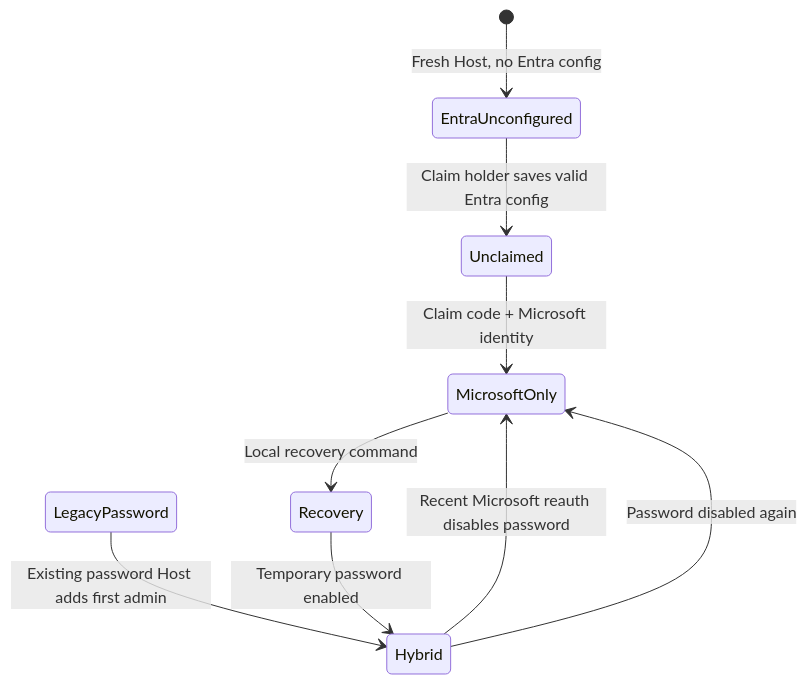
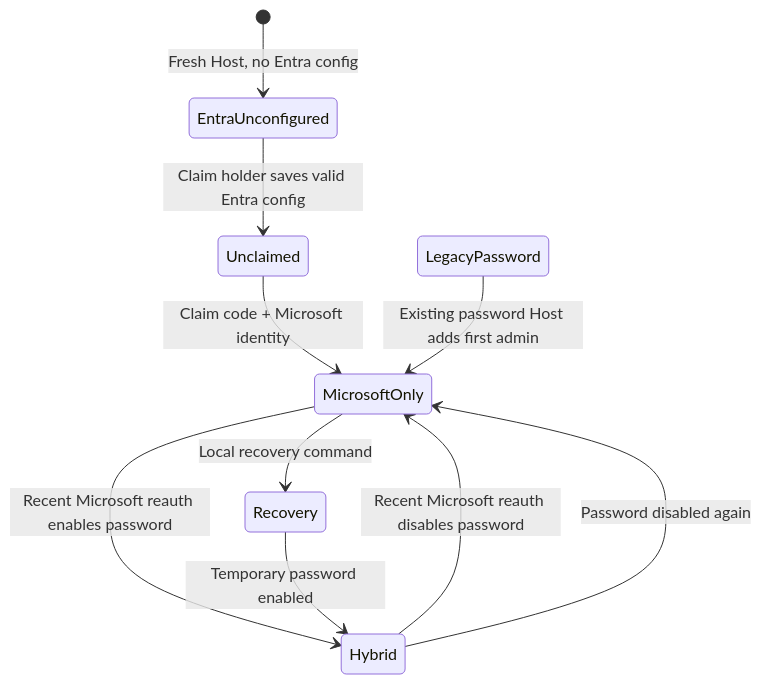
Before and after one commit to CharlesYWL/copilot-fleet: the second of 5 diagrams in docs/superpowers/specs/2026-08-27-microsoft-identity-auth-design.md, drawn with Mermaid. The commit also changed other lines of this file and 37 other files, not shown here.

````diff
--- a/docs/superpowers/specs/2026-08-27-microsoft-identity-auth-design.md
+++ b/docs/superpowers/specs/2026-08-27-microsoft-identity-auth-design.md
@@ -312,11 +321,12 @@
 ```mermaid
 stateDiagram-v2
     [*] --> EntraUnconfigured: Fresh Host, no Entra config
     EntraUnconfigured --> Unclaimed: Claim holder saves valid Entra config
     Unclaimed --> MicrosoftOnly: Claim code + Microsoft identity
-    LegacyPassword --> Hybrid: Existing password Host adds first admin
+    LegacyPassword --> MicrosoftOnly: Existing password Host adds first admin
+    MicrosoftOnly --> Hybrid: Recent Microsoft reauth enables password
     Hybrid --> MicrosoftOnly: Recent Microsoft reauth disables password
     MicrosoftOnly --> Recovery: Local recovery command
     Recovery --> Hybrid: Temporary password enabled
     Hybrid --> MicrosoftOnly: Password disabled again
 ```
````
